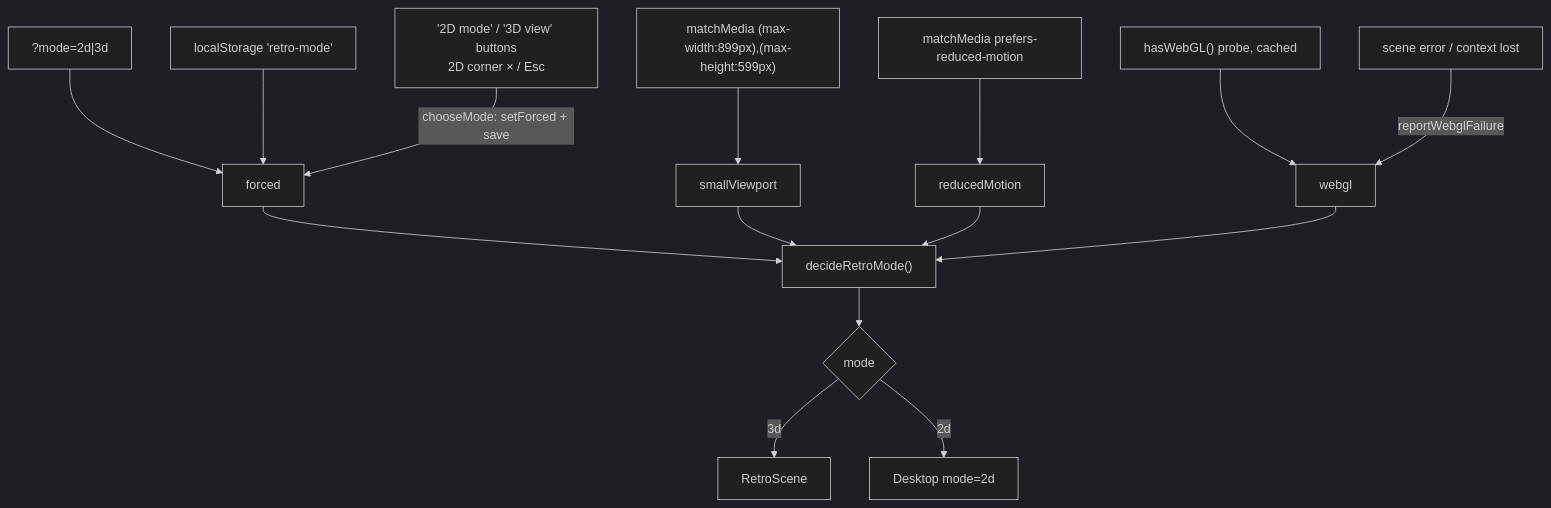
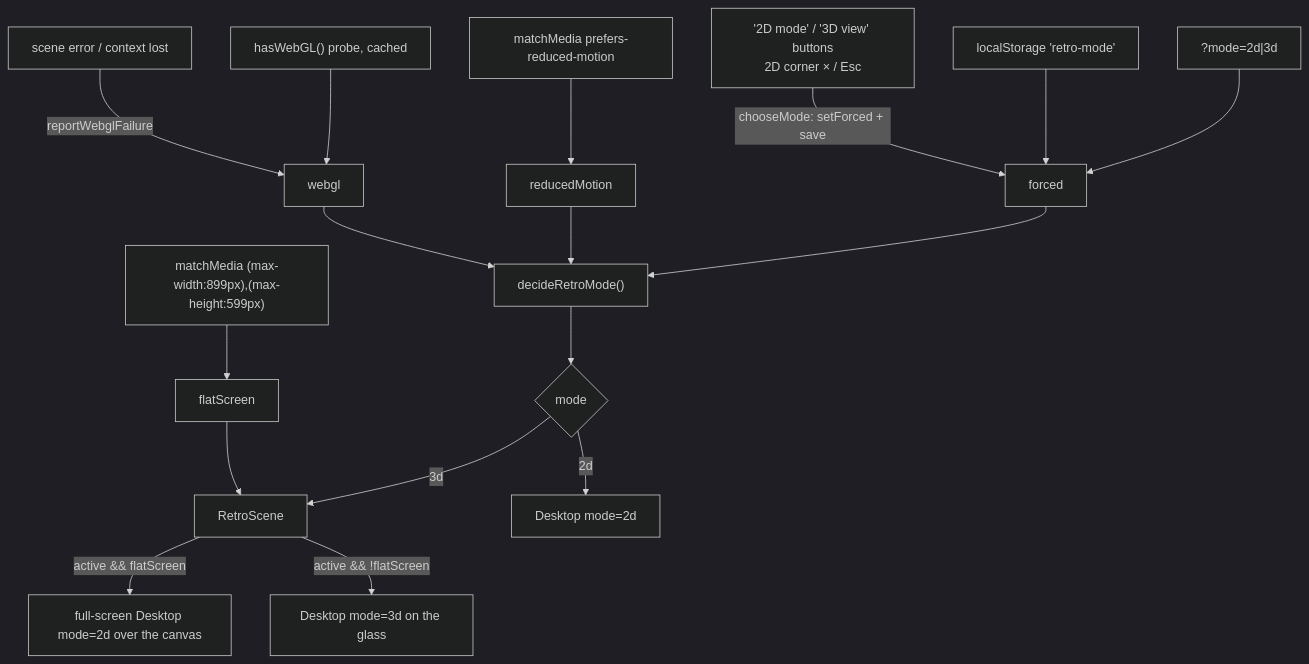
The second of 5 diagrams in docs/DATA_FLOW.md (LinhL1/linh-le-2), drawn with Mermaid (dark theme) before and after one commit. The commit also changed other lines of this file and 25 other files, not shown here.

````diff
--- a/docs/DATA_FLOW.md
+++ b/docs/DATA_FLOW.md
@@ -44,14 +44,17 @@
 ```mermaid
 graph TD
     URL["?mode=2d|3d"] --> F[forced]
     LS["localStorage 'retro-mode'"] --> F
-    MQ1["matchMedia (max-width:899px),(max-height:599px)"] --> SV[smallViewport]
     MQ2["matchMedia prefers-reduced-motion"] --> RM[reducedMotion]
     GL["hasWebGL() probe, cached"] --> W[webgl]
     FAIL["scene error / context lost"] -->|reportWebglFailure| W
-    F & SV & RM & W --> D["decideRetroMode()"]
+    F & RM & W --> D["decideRetroMode()"]
     D --> MODE{"mode"}
     MODE -->|3d| Scene[RetroScene]
     MODE -->|2d| Flat["Desktop mode=2d"]
     BTN["'2D mode' / '3D view' buttons<br/>2D corner × / Esc"] -->|"chooseMode: setForced + save"| F
+    MQ1["matchMedia (max-width:899px),(max-height:599px)"] --> FS[flatScreen]
+    FS --> Scene
+    Scene -->|"active && flatScreen"| Full["full-screen Desktop mode=2d over the canvas"]
+    Scene -->|"active && !flatScreen"| Glass["Desktop mode=3d on the glass"]
 ```
````
